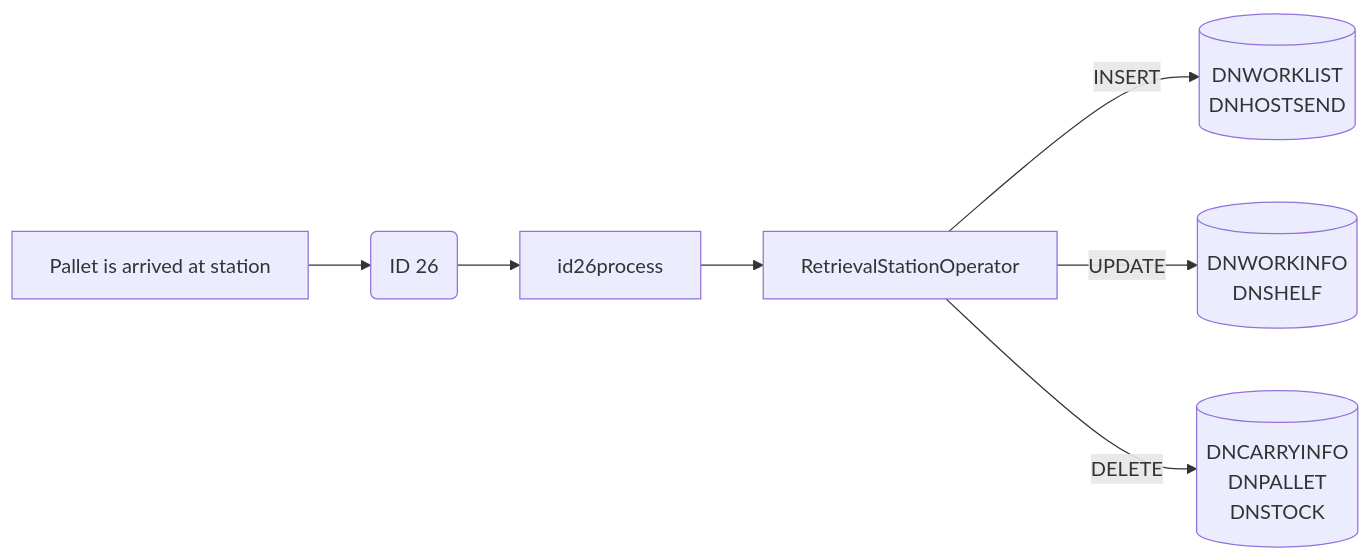
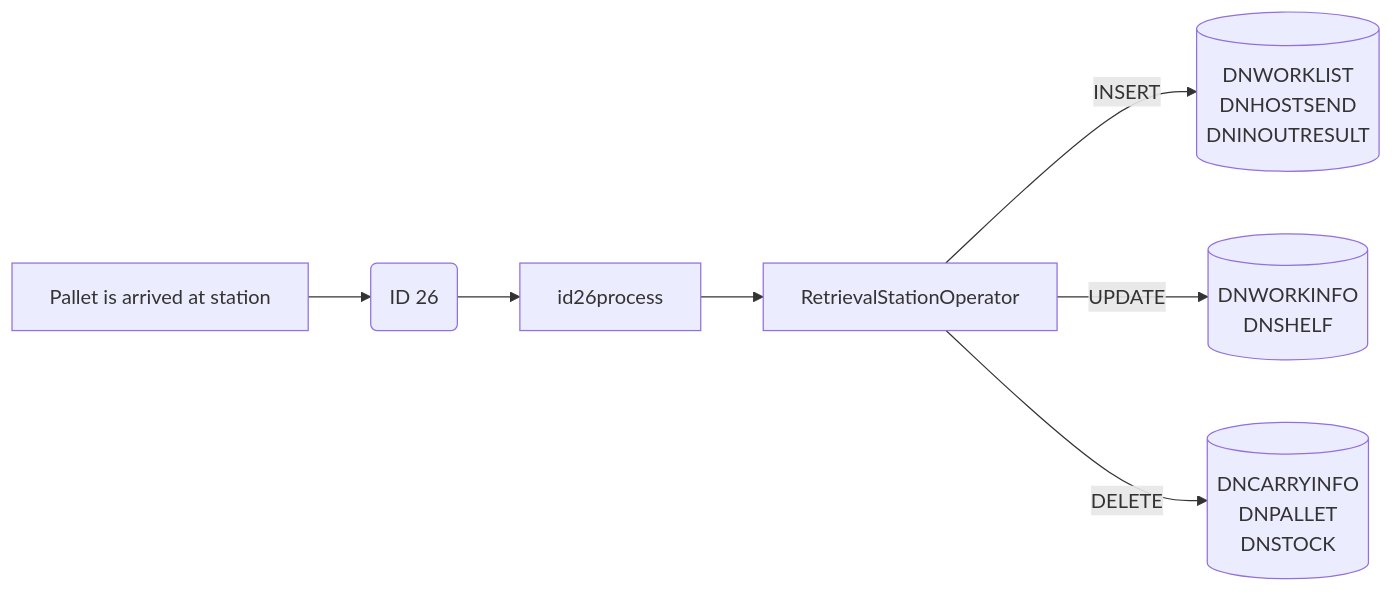
The ninth of 9 diagrams in Basic-Design/DFD-WMS/Retrieval/Unplanned-Retrieval-from-HP-Area.md (luthfiadityaa/SimeDarby-Wiki), drawn with Mermaid before and after one commit.

Commit message:
Updated Unplanned Retrieval from HP Area

```diff
--- a/Basic-Design/DFD-WMS/Retrieval/Unplanned-Retrieval-from-HP-Area.md
+++ b/Basic-Design/DFD-WMS/Retrieval/Unplanned-Retrieval-from-HP-Area.md
@@ -360,39 +360,40 @@
 ::: mermaid
 flowchart LR
 
 buttonclicked["
 Pallet is arrived at station
 "]
 
 id26msg("
 ID 26
 ")
 
 id26-update[("
 DNWORKINFO
 DNSHELF
 ")]
 
 id26-delete[("
 DNCARRYINFO
 DNPALLET
 DNSTOCK
 ")]
 
 id26-insert[("
 DNWORKLIST
 DNHOSTSEND
+DNINOUTRESULT
 ")]
 
 id26process[id26process]
 retrievaloperator[RetrievalStationOperator]
 
 
 buttonclicked --> id26msg
 id26msg -->id26process
 id26process-->retrievaloperator
 
 retrievaloperator--> |INSERT| id26-insert
 retrievaloperator--> |UPDATE| id26-update
 retrievaloperator--> |DELETE| id26-delete
 :::
```
